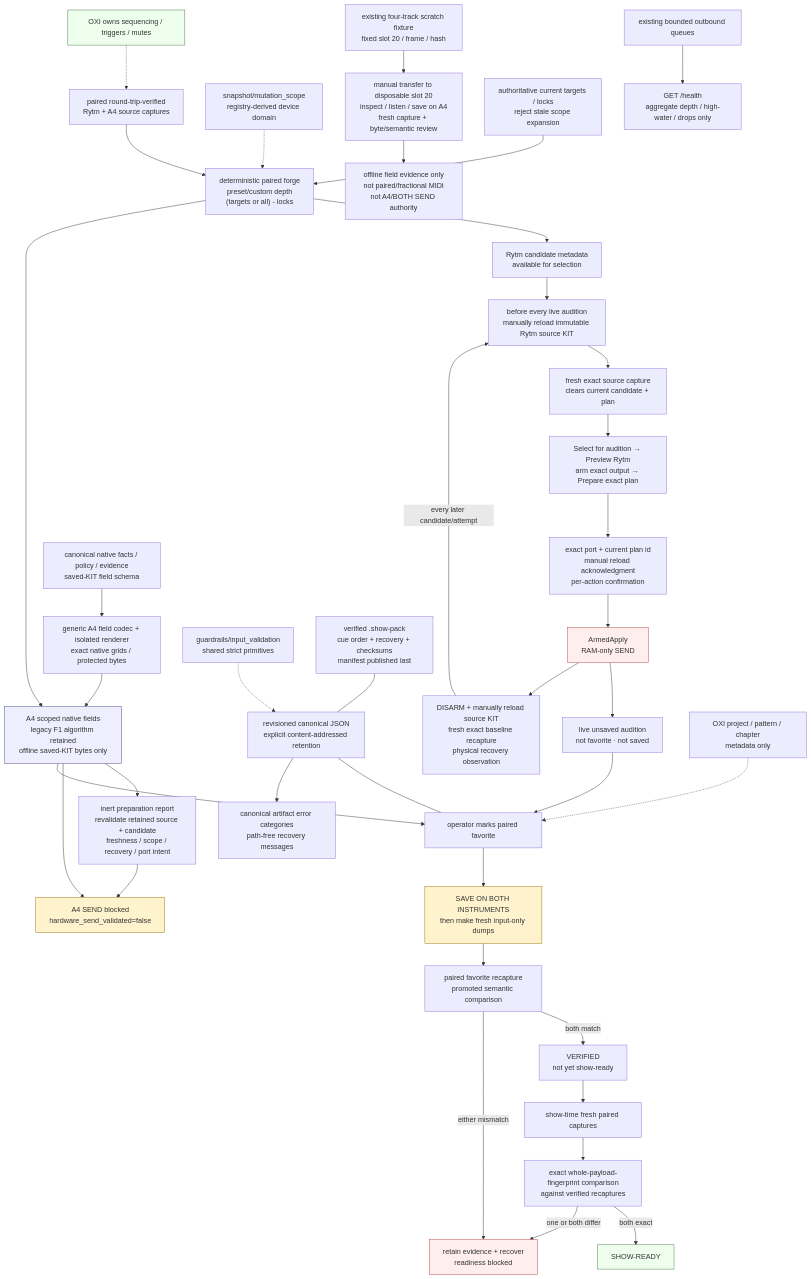
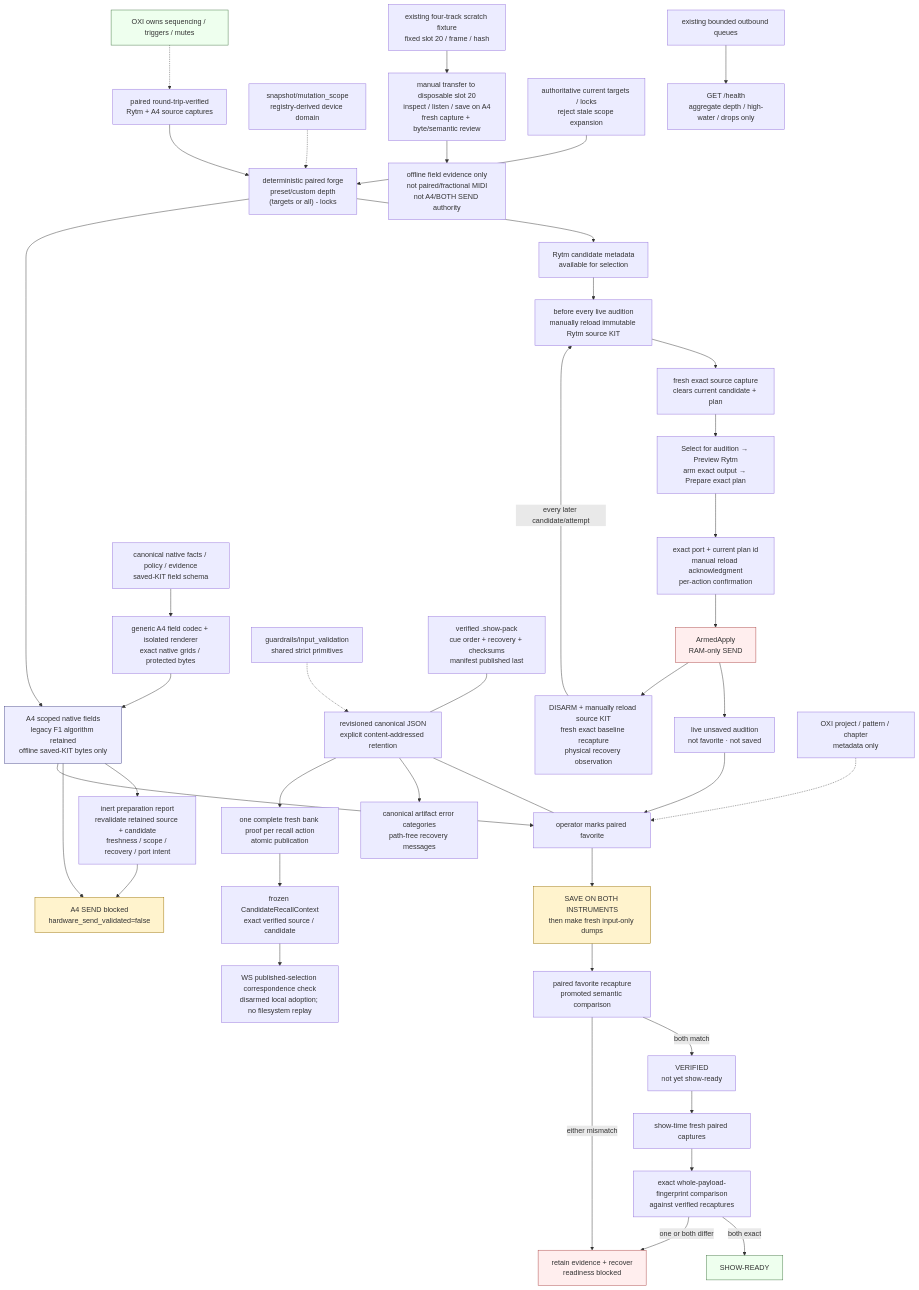
Diagram 36 of 38 in docs/ARCHITECTURE_DIAGRAMS.md (buzzijose-hub/RytmRandomizer), drawn with Mermaid before and after one commit. The commit also changed 12 other files, not shown here.

Commit message:
fix: reuse action-local recall proof and preserve bounded diagnostic failures

````diff
--- a/docs/ARCHITECTURE_DIAGRAMS.md
+++ b/docs/ARCHITECTURE_DIAGRAMS.md
@@ -3258,53 +3258,56 @@
 ```mermaid
 flowchart TD
     Pair["paired round-trip-verified<br/>Rytm + A4 source captures"] --> Forge["deterministic paired forge<br/>preset/custom depth<br/>(targets or all) - locks"]
 
     Forge --> RytmCandidate["Rytm candidate metadata<br/>available for selection"]
     RytmCandidate --> SourceReload["before every live audition<br/>manually reload immutable Rytm source KIT"]
     SourceReload --> SourceCapture["fresh exact source capture<br/>clears current candidate + plan"]
     SourceCapture --> Reselect["Select for audition → Preview Rytm<br/>arm exact output → Prepare exact plan"]
     Reselect --> ExactConfirm["exact port + current plan id<br/>manual reload acknowledgment<br/>per-action confirmation"]
     ExactConfirm --> ArmedApply["ArmedApply<br/>RAM-only SEND"]
     ArmedApply --> LiveUnsaved["live unsaved audition<br/>not favorite · not saved"]
     ArmedApply --> ManualRestore["DISARM + manually reload source KIT<br/>fresh exact baseline recapture<br/>physical recovery observation"]
     ManualRestore -->|"every later candidate/attempt"| SourceReload
 
     Forge --> A4Candidate["A4 scoped native fields<br/>legacy F1 algorithm retained<br/>offline saved-KIT bytes only"]
     Calibration["canonical native facts / policy / evidence<br/>saved-KIT field schema"] --> FieldCodec["generic A4 field codec + isolated renderer<br/>exact native grids / protected bytes"]
     FieldCodec --> A4Candidate
     Validation["guardrails/input_validation<br/>shared strict primitives"] -.-> Store
     Domains["snapshot/mutation_scope<br/>registry-derived device domain"] -.-> Forge
     A4Candidate --> A4Preparation["inert preparation report<br/>revalidate retained source + candidate<br/>freshness / scope / recovery / port intent"]
     A4Preparation --> NoA4Send
     A4Candidate --> NoA4Send["A4 SEND blocked<br/>hardware_send_validated=false"]
     ExistingScratch["existing four-track scratch fixture<br/>fixed slot 20 / frame / hash"] --> ScratchReturn["manual transfer to disposable slot 20<br/>inspect / listen / save on A4<br/>fresh capture + byte/semantic review"]
     ScratchReturn --> OfflineEvidence["offline field evidence only<br/>not paired/fractional MIDI<br/>not A4/BOTH SEND authority"]
 
     LiveUnsaved --> Favorite["operator marks paired favorite"]
     A4Candidate --> Favorite
     Favorite --> ManualSave["SAVE ON BOTH INSTRUMENTS<br/>then make fresh input-only dumps"]
     ManualSave --> SemanticVerify["paired favorite recapture<br/>promoted semantic comparison"]
     SemanticVerify -->|"both match"| Verified["VERIFIED<br/>not yet show-ready"]
     SemanticVerify -->|"either mismatch"| Recover["retain evidence + recover<br/>readiness blocked"]
 
     Verified --> FreshCapture["show-time fresh paired captures"]
     FreshCapture --> FullFingerprint["exact whole-payload-fingerprint comparison<br/>against verified recaptures"]
     FullFingerprint -->|"both exact"| ShowReady["SHOW-READY"]
     FullFingerprint -->|"one or both differ"| Recover
 
     Metadata["OXI project / pattern / chapter<br/>metadata only"] -.-> Favorite
     OXI["OXI owns sequencing / triggers / mutes"] -.-> Pair
     Store["revisioned canonical JSON<br/>explicit content-addressed retention"] --- Favorite
     Pack["verified .show-pack<br/>cue order + recovery + checksums<br/>manifest published last"] --- Store
     Store --> ArtifactErrors["canonical artifact error categories<br/>path-free recovery messages"]
+    Store --> RecallProof["one complete fresh bank proof per recall action<br/>atomic publication"]
+    RecallProof --> RecallContext["frozen CandidateRecallContext<br/>exact verified source / candidate"]
+    RecallContext --> RecallProjection["WS published-selection correspondence check<br/>disarmed local adoption; no filesystem replay"]
     ScopeGuard["authoritative current targets / locks<br/>reject stale scope expansion"] --> Forge
     Queue["existing bounded outbound queues"] --> Health["GET /health<br/>aggregate depth / high-water / drops only"]
 
     style ArmedApply fill:#fee,stroke:#a44
     style A4Candidate fill:#eef,stroke:#448
     style NoA4Send fill:#fff3cd,stroke:#997000
     style ManualSave fill:#fff3cd,stroke:#997000
     style ShowReady fill:#efe,stroke:#474
     style Recover fill:#fee,stroke:#a44
     style OXI fill:#efe,stroke:#474
 ```
````
